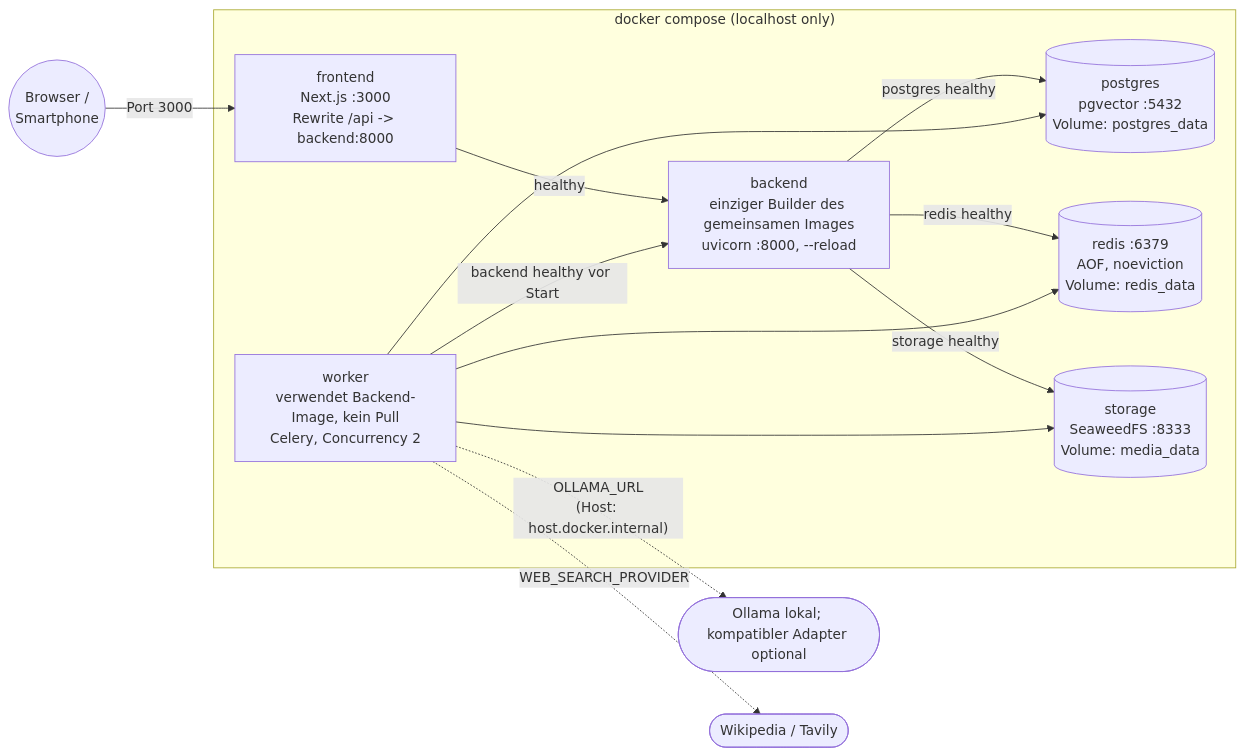
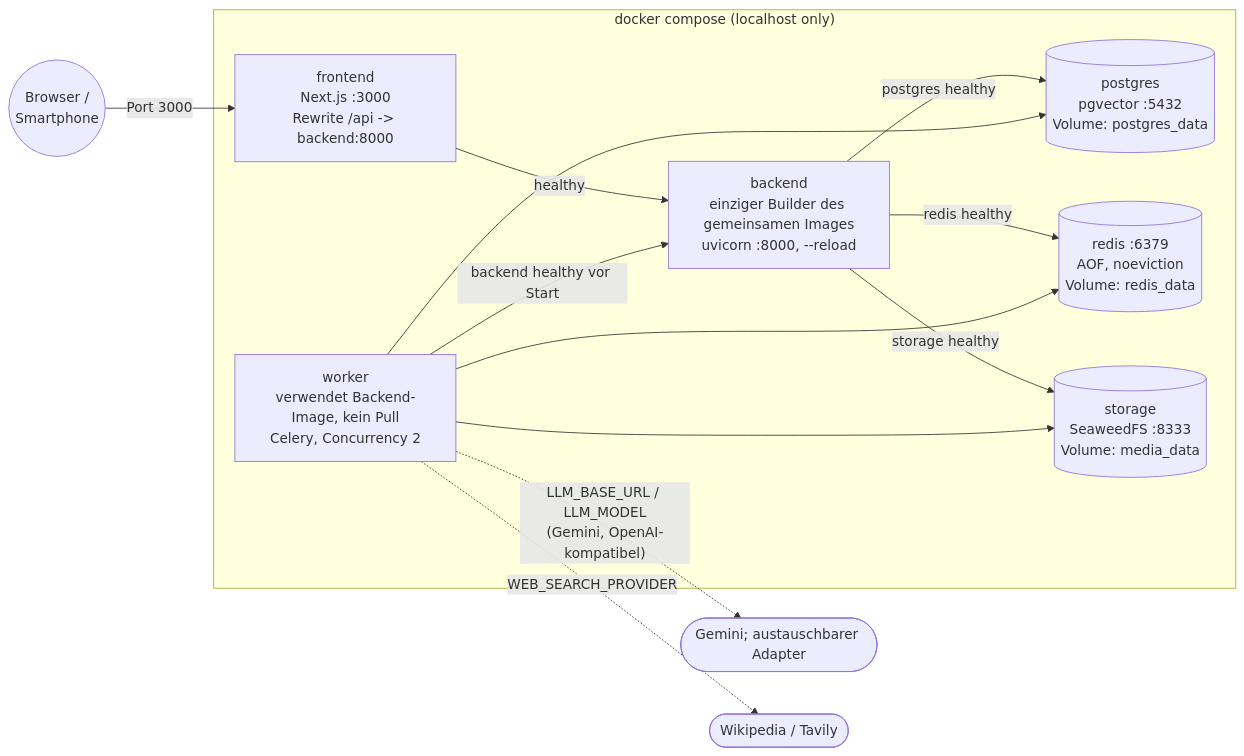
The second of 12 diagrams in docs/03-architecture.md (johannes3502/hackathon-fulda), drawn with Mermaid before and after one commit. The commit also changed other lines of this file and 31 other files, not shown here.

Commit message:
Switch LLM backend to Gemini and add deep research

````diff
--- a/docs/03-architecture.md
+++ b/docs/03-architecture.md
@@ -133,23 +133,23 @@
 ```mermaid
 flowchart LR
     subgraph Host["docker compose (localhost only)"]
         FE["frontend<br/>Next.js :3000<br/>Rewrite /api -> backend:8000"]
         BE["backend<br/>einziger Builder des gemeinsamen Images<br/>uvicorn :8000, --reload"]
         WK["worker<br/>verwendet Backend-Image, kein Pull<br/>Celery, Concurrency 2"]
         PG[("postgres<br/>pgvector :5432<br/>Volume: postgres_data")]
         RD[("redis :6379<br/>AOF, noeviction<br/>Volume: redis_data")]
         ST[("storage<br/>SeaweedFS :8333<br/>Volume: media_data")]
     end
 
     User(("Browser /<br/>Smartphone")) -->|"Port 3000"| FE
     FE -->|"healthy"| BE
     BE -->|"postgres healthy"| PG
     BE -->|"storage healthy"| ST
     BE -->|"redis healthy"| RD
     WK -->|"backend healthy vor Start"| BE
     WK --> PG
     WK --> ST
     WK --> RD
-    WK -. "OLLAMA_URL<br/>(Host: host.docker.internal)" .-> LLM(["Ollama lokal; kompatibler Adapter optional"])
+    WK -. "LLM_BASE_URL / LLM_MODEL<br/>(Gemini, OpenAI-kompatibel)" .-> LLM(["Gemini; austauschbarer Adapter"])
     WK -. "WEB_SEARCH_PROVIDER" .-> WS(["Wikipedia / Tavily"])
 ```
````
